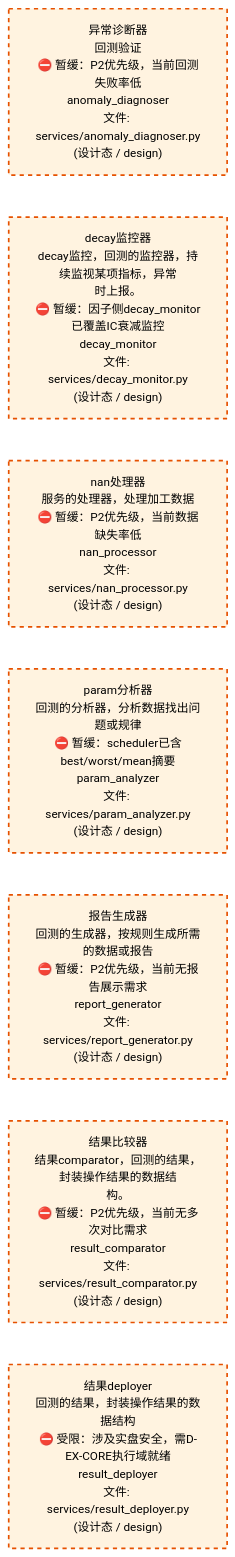
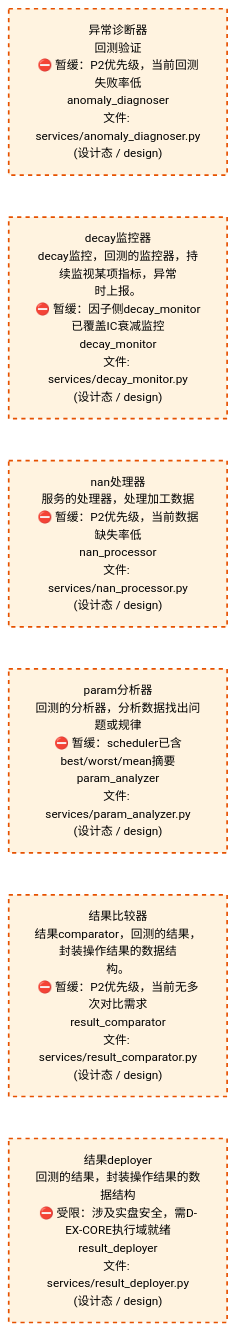
One commit to xuanFelixVan/ZephyrAlpha changed the third of 4 diagrams in docs/02_enterprise_architecture/02_domain_architecture_docs/35_d_backtest.md. Above: the diagram before and after it, drawn with Mermaid. The commit also changed other lines of this file and 12 other files, not shown here.

````diff
--- a/docs/02_enterprise_architecture/02_domain_architecture_docs/35_d_backtest.md
+++ b/docs/02_enterprise_architecture/02_domain_architecture_docs/35_d_backtest.md
@@ -272,22 +276,20 @@
 ```mermaid
 %%{init: {'theme': 'base', 'themeVariables': {'primaryColor': '#eaeaea', 'primaryTextColor': '#333333', 'primaryBorderColor': '#666666', 'lineColor': '#666666', 'secondaryColor': '#eaeaea', 'tertiaryColor': '#eaeaea', 'fontSize': '14px'}}}%%
 flowchart TD
     src_zephyr_backtest_services_anomaly_diagnoser_py["异常诊断器<br/>回测验证<br/>⛔ 暂缓：P2优先级，当前回测失败率低<br/>anomaly_diagnoser<br/>文件: services/anomaly_diagnoser.py<br/>(设计态 / design)"]
     src_zephyr_backtest_services_decay_monitor_py["decay监控器<br/>decay监控，回测的监控器，持续监视某项指标，异常<br/>时上报。<br/>⛔ 暂缓：因子侧decay_monitor已覆盖IC衰减监控<br/>decay_monitor<br/>文件: services/decay_monitor.py<br/>(设计态 / design)"]
     src_zephyr_backtest_services_nan_processor_py["nan处理器<br/>服务的处理器，处理加工数据<br/>⛔ 暂缓：P2优先级，当前数据缺失率低<br/>nan_processor<br/>文件: services/nan_processor.py<br/>(设计态 / design)"]
     src_zephyr_backtest_services_param_analyzer_py["param分析器<br/>回测的分析器，分析数据找出问题或规律<br/>⛔ 暂缓：scheduler已含best/worst/mean摘要<br/>param_analyzer<br/>文件: services/param_analyzer.py<br/>(设计态 / design)"]
-    src_zephyr_backtest_services_report_generator_py["报告生成器<br/>回测的生成器，按规则生成所需的数据或报告<br/>⛔ 暂缓：P2优先级，当前无报告展示需求<br/>report_generator<br/>文件: services/report_generator.py<br/>(设计态 / design)"]
     src_zephyr_backtest_services_result_comparator_py["结果比较器<br/>结果comparator，回测的结果，封装操作结果的数据结<br/>构。<br/>⛔ 暂缓：P2优先级，当前无多次对比需求<br/>result_comparator<br/>文件: services/result_comparator.py<br/>(设计态 / design)"]
     src_zephyr_backtest_services_result_deployer_py["结果deployer<br/>回测的结果，封装操作结果的数据结构<br/>⛔ 受限：涉及实盘安全，需D-EX-CORE执行域就绪<br/>result_deployer<br/>文件: services/result_deployer.py<br/>(设计态 / design)"]
     src_zephyr_backtest_services_anomaly_diagnoser_py ~~~ src_zephyr_backtest_services_decay_monitor_py
     src_zephyr_backtest_services_decay_monitor_py ~~~ src_zephyr_backtest_services_nan_processor_py
     src_zephyr_backtest_services_nan_processor_py ~~~ src_zephyr_backtest_services_param_analyzer_py
-    src_zephyr_backtest_services_param_analyzer_py ~~~ src_zephyr_backtest_services_report_generator_py
-    src_zephyr_backtest_services_report_generator_py ~~~ src_zephyr_backtest_services_result_comparator_py
+    src_zephyr_backtest_services_param_analyzer_py ~~~ src_zephyr_backtest_services_result_comparator_py
     src_zephyr_backtest_services_result_comparator_py ~~~ src_zephyr_backtest_services_result_deployer_py
     classDef production fill:#e1f5fe,stroke:#01579b,stroke-width:2px,color:#000
     classDef design fill:#fff3e0,stroke:#e65100,stroke-width:2px,color:#000,stroke-dasharray: 5 5
     classDef external_prod fill:#e8f4fd,stroke:#0277bd,stroke-width:1px,color:#000
     classDef external_design fill:#fff8e7,stroke:#ef6c00,stroke-width:1px,color:#000,stroke-dasharray: 5 5
-    class src_zephyr_backtest_services_anomaly_diagnoser_py,src_zephyr_backtest_services_decay_monitor_py,src_zephyr_backtest_services_nan_processor_py,src_zephyr_backtest_services_param_analyzer_py,src_zephyr_backtest_services_report_generator_py,src_zephyr_backtest_services_result_comparator_py,src_zephyr_backtest_services_result_deployer_py design
+    class src_zephyr_backtest_services_anomaly_diagnoser_py,src_zephyr_backtest_services_decay_monitor_py,src_zephyr_backtest_services_nan_processor_py,src_zephyr_backtest_services_param_analyzer_py,src_zephyr_backtest_services_result_comparator_py,src_zephyr_backtest_services_result_deployer_py design
 ```
````
